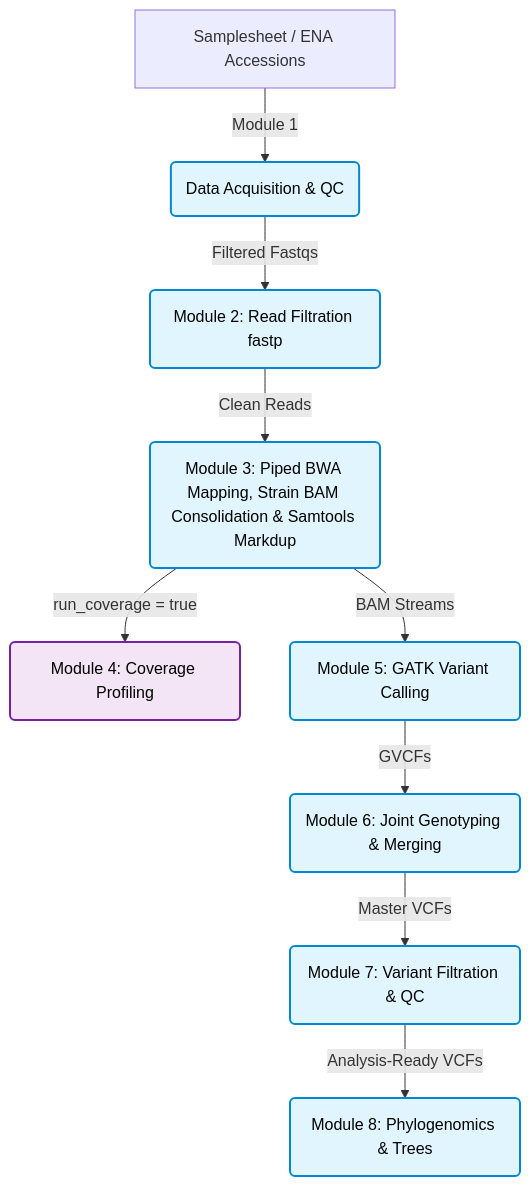
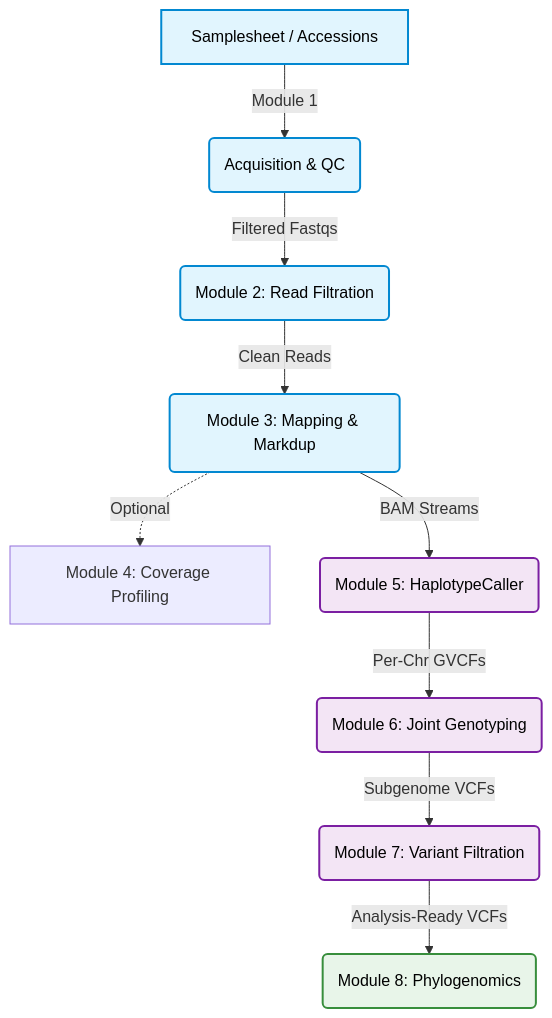
The diagram in README.md (hanzala-14/saccharomyces-genomics-pipeline), drawn with Mermaid before and after one commit. The commit also changed other lines of this file and 5 other files, not shown here.

`````diff
--- a/README.md
+++ b/README.md
@@ -18,21 +42,23 @@
 ```mermaid
 graph TD
-    classDef active fill:#e1f5fe,stroke:#0288d1,stroke-width:2px,color:#000;
-    classDef optional fill:#f3e5f5,stroke:#7b1fa2,stroke-width:2px,color:#000;
-    classDef future fill:#f5f5f5,stroke:#616161,stroke-width:2px,stroke-dasharray: 5 5,color:#555;
+    classDef core fill:#e1f5fe,stroke:#0288d1,stroke-width:2px,color:#000;
+    classDef gatk fill:#f3e5f5,stroke:#7b1fa2,stroke-width:2px,color:#000;
+    classDef downstream fill:#e8f5e9,stroke:#388e3c,stroke-width:2px,color:#000;
 
-    A[Samplesheet / ENA Accessions] -->|Module 1| B(Data Acquisition & QC)
-    B -->|Filtered Fastqs| C(Module 2: Read Filtration fastp)
-    C -->|Clean Reads| D(Module 3: Piped BWA Mapping, Strain BAM Consolidation & Samtools Markdup)
+    A[Samplesheet / Accessions] -->|Module 1| B(Acquisition & QC)
+    B -->|Filtered Fastqs| C(Module 2: Read Filtration)
+    C -->|Clean Reads| D(Module 3: Mapping & Markdup)
     
-    D -->|run_coverage = true| E(Module 4: Coverage Profiling)
-    D -->|BAM Streams| F(Module 5: GATK Variant Calling)
+    D -.->|Optional| E[Module 4: Coverage Profiling]
+    D -->|BAM Streams| F(Module 5: HaplotypeCaller)
     
-    F -->|GVCFs| G(Module 6: Joint Genotyping & Merging)
-    G -->|Master VCFs| H(Module 7: Variant Filtration & QC)
+    F -->|Per-Chr GVCFs| G(Module 6: Joint Genotyping)
+    G -->|Subgenome VCFs| H(Module 7: Variant Filtration)
     
-    H -->|Analysis-Ready VCFs| I(Module 8: Phylogenomics & Trees)
+    H -->|Analysis-Ready VCFs| I(Module 8: Phylogenomics)
 
-    class B,C,D,F,G,H,I active;
-    class E optional;
-````
+    class A,B,C,D core;
+    class F,G,H gatk;
+    class I downstream;
+
+```
`````
